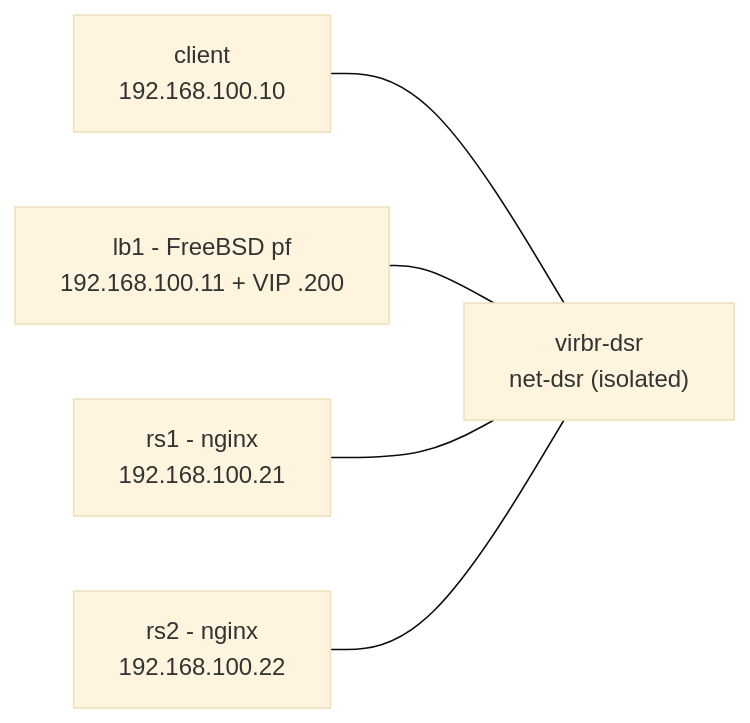
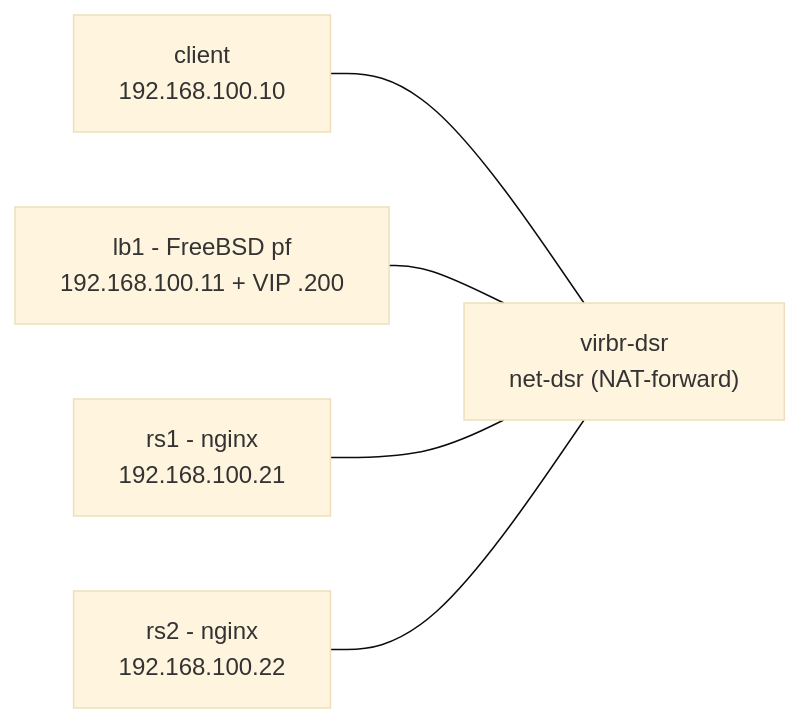
Before and after one commit to wsgoggway/lb-dsr-lab: the first of 2 diagrams in README.md, drawn with Mermaid (base theme). The commit also changed other lines of this file and 1 other file, not shown here.

Commit message:
docs: static addressing note, root@lb1 captures, NAT-forward network in diagram

````diff
--- a/README.md
+++ b/README.md
@@ -36,7 +36,7 @@
 ```mermaid
 flowchart LR
-    C["client<br/>192.168.100.10"] --- BR["virbr-dsr<br/>net-dsr (isolated)"]
+    C["client<br/>192.168.100.10"] --- BR["virbr-dsr<br/>net-dsr (NAT-forward)"]
     L["lb1 - FreeBSD pf<br/>192.168.100.11 + VIP .200"] --- BR
     R1["rs1 - nginx<br/>192.168.100.21"] --- BR
     R2["rs2 - nginx<br/>192.168.100.22"] --- BR
 ```
````
